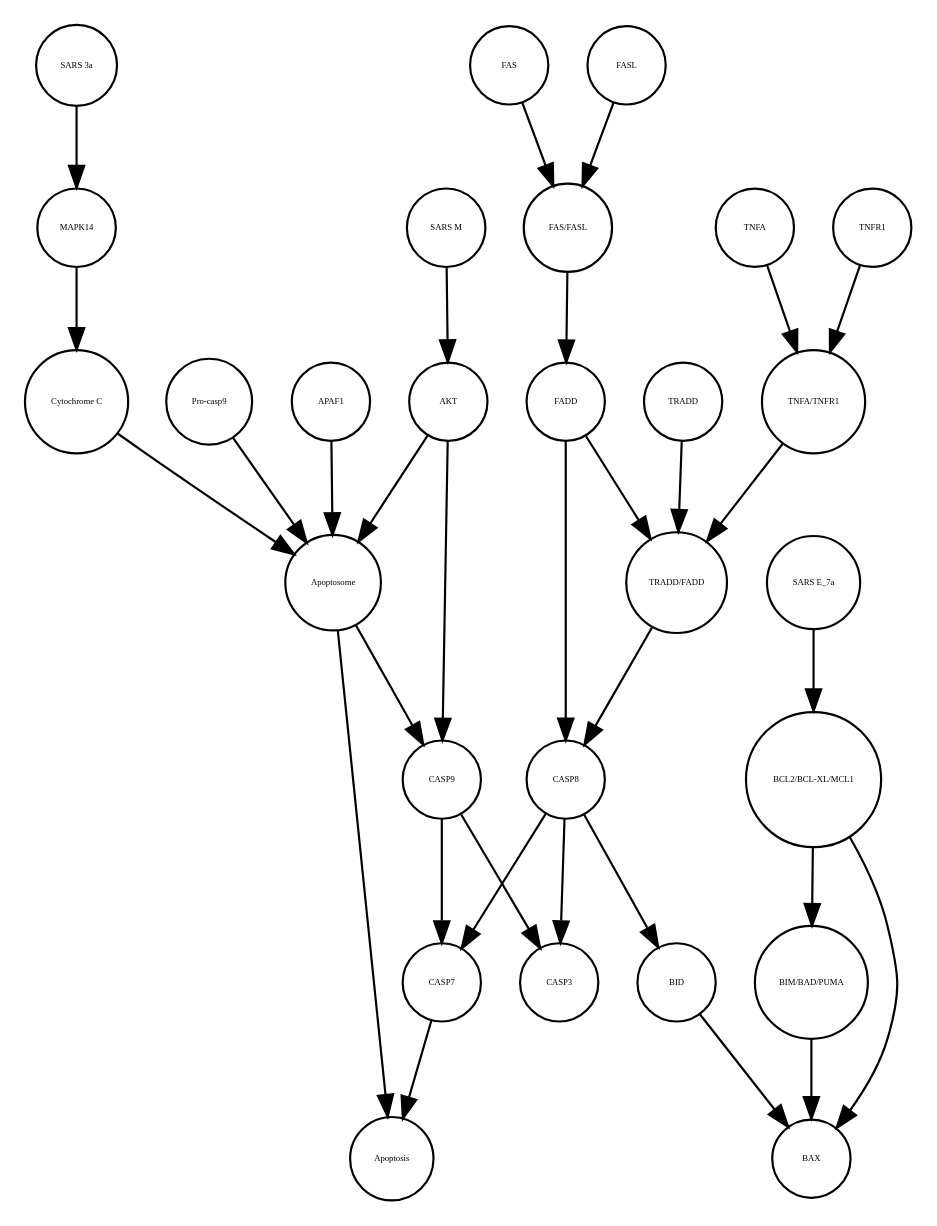
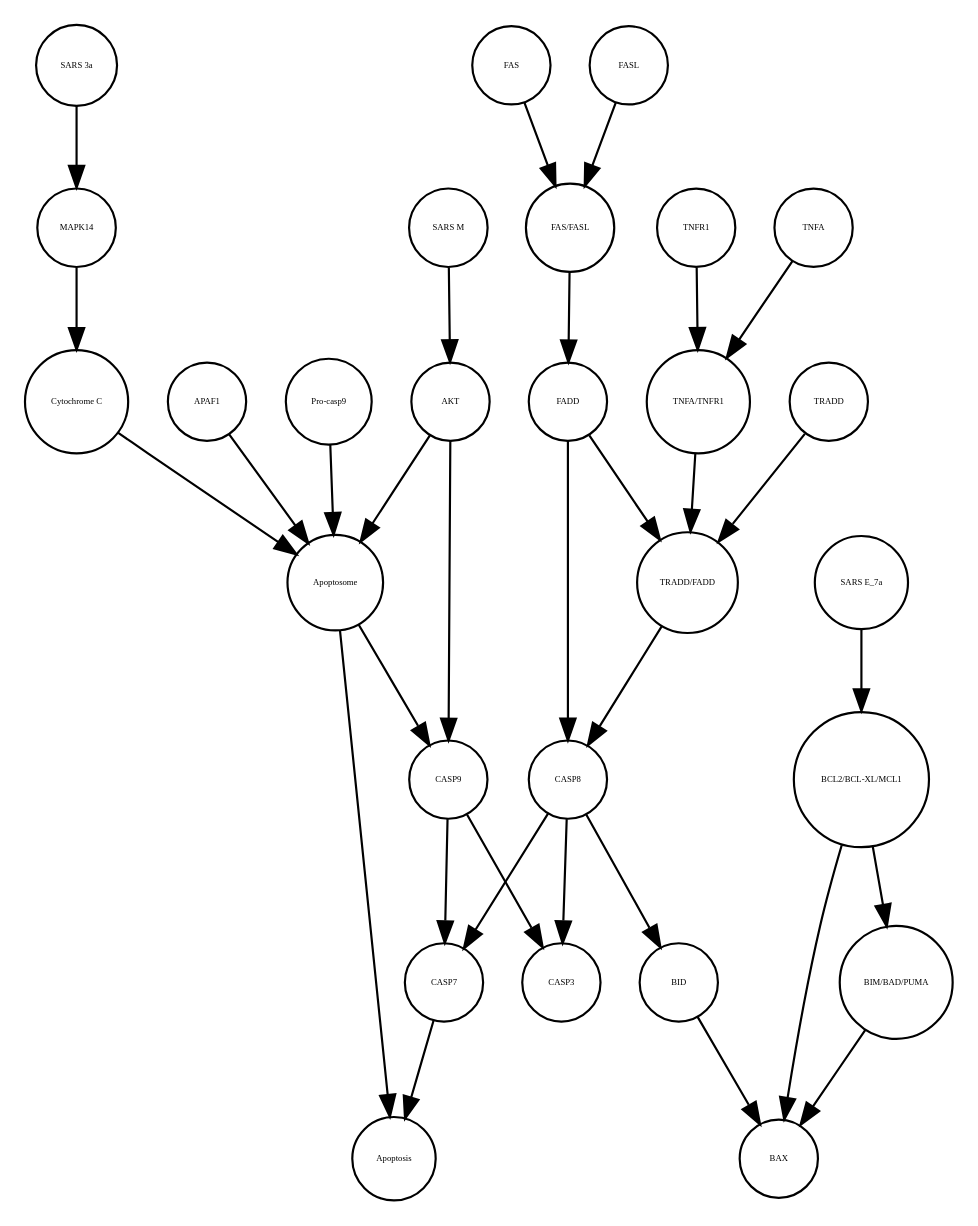
One commit to cannin/covid19-sbgn changed the diagram in Apoptosis_VS_SSA_AN.xml_projected.dot. Above: the diagram before and after it, drawn with Graphviz. The commit also changed other lines of this file and 621 other files, not shown here.

```diff
--- a/Apoptosis_VS_SSA_AN.xml_projected.dot
+++ b/Apoptosis_VS_SSA_AN.xml_projected.dot
@@ -1,60 +1,60 @@
 strict digraph  {
 CASP7 [annotation="", bipartite=0, cls=macromolecule, fontsize=4, label=CASP7, shape=circle];
 Apoptosis [annotation="", bipartite=0, cls=phenotype, fontsize=4, label=Apoptosis, shape=circle];
 Apoptosome [annotation="", bipartite=0, cls=complex, fontsize=4, label=Apoptosome, shape=circle];
+BID [annotation="", bipartite=0, cls=macromolecule, fontsize=4, label=BID, shape=circle];
+CASP8 [annotation="", bipartite=0, cls=macromolecule, fontsize=4, label=CASP8, shape=circle];
+"Pro-casp9" [annotation="", bipartite=0, cls=macromolecule, fontsize=4, label="Pro-casp9", shape=circle];
+"BCL2/BCL-XL/MCL1" [annotation="", bipartite=0, cls=complex, fontsize=4, label="BCL2/BCL-XL/MCL1", shape=circle];
+BAX [annotation="", bipartite=0, cls=macromolecule, fontsize=4, label=BAX, shape=circle];
+"SARS 3a" [annotation="", bipartite=0, cls=macromolecule, fontsize=4, label="SARS 3a", shape=circle];
+"FAS/FASL" [annotation="", bipartite=0, cls=complex, fontsize=4, label="FAS/FASL", shape=circle];
 MAPK14 [annotation="", bipartite=0, cls=macromolecule, fontsize=4, label=MAPK14, shape=circle];
-BID [annotation="", bipartite=0, cls=macromolecule, fontsize=4, label=BID, shape=circle];
-AKT [annotation="", bipartite=0, cls=macromolecule, fontsize=4, label=AKT, shape=circle];
-TRADD [annotation="", bipartite=0, cls=macromolecule, fontsize=4, label=TRADD, shape=circle];
-CASP9 [annotation="", bipartite=0, cls=macromolecule, fontsize=4, label=CASP9, shape=circle];
-APAF1 [annotation="", bipartite=0, cls=macromolecule, fontsize=4, label=APAF1, shape=circle];
-"FAS/FASL" [annotation="", bipartite=0, cls=complex, fontsize=4, label="FAS/FASL", shape=circle];
 FASL [annotation="", bipartite=0, cls=macromolecule, fontsize=4, label=FASL, shape=circle];
-"Pro-casp9" [annotation="", bipartite=0, cls=macromolecule, fontsize=4, label="Pro-casp9", shape=circle];
-"SARS E_7a" [annotation="", bipartite=0, cls=macromolecule, fontsize=4, label="SARS E_7a", shape=circle];
-FAS [annotation="", bipartite=0, cls=macromolecule, fontsize=4, label=FAS, shape=circle];
-"TRADD/FADD" [annotation="", bipartite=0, cls=complex, fontsize=4, label="TRADD/FADD", shape=circle];
-CASP8 [annotation="", bipartite=0, cls=macromolecule, fontsize=4, label=CASP8, shape=circle];
-BAX [annotation="", bipartite=0, cls=macromolecule, fontsize=4, label=BAX, shape=circle];
-CASP3 [annotation="", bipartite=0, cls=macromolecule, fontsize=4, label=CASP3, shape=circle];
-"TNFA/TNFR1" [annotation="", bipartite=0, cls=complex, fontsize=4, label="TNFA/TNFR1", shape=circle];
-"SARS M" [annotation="", bipartite=0, cls=macromolecule, fontsize=4, label="SARS M", shape=circle];
-"SARS 3a" [annotation="", bipartite=0, cls=macromolecule, fontsize=4, label="SARS 3a", shape=circle];
-TNFA [annotation="", bipartite=0, cls=macromolecule, fontsize=4, label=TNFA, shape=circle];
-"Cytochrome C" [annotation="", bipartite=0, cls=macromolecule, fontsize=4, label="Cytochrome C", shape=circle];
+FADD [annotation="", bipartite=0, cls=macromolecule, fontsize=4, label=FADD, shape=circle];
 "BIM/BAD/PUMA" [annotation="", bipartite=0, cls=complex, fontsize=4, label="BIM/BAD/PUMA", shape=circle];
 TNFR1 [annotation="", bipartite=0, cls=macromolecule, fontsize=4, label=TNFR1, shape=circle];
-FADD [annotation="", bipartite=0, cls=macromolecule, fontsize=4, label=FADD, shape=circle];
-"BCL2/BCL-XL/MCL1" [annotation="", bipartite=0, cls=complex, fontsize=4, label="BCL2/BCL-XL/MCL1", shape=circle];
+TNFA [annotation="", bipartite=0, cls=macromolecule, fontsize=4, label=TNFA, shape=circle];
+"TNFA/TNFR1" [annotation="", bipartite=0, cls=complex, fontsize=4, label="TNFA/TNFR1", shape=circle];
+FAS [annotation="", bipartite=0, cls=macromolecule, fontsize=4, label=FAS, shape=circle];
+AKT [annotation="", bipartite=0, cls=macromolecule, fontsize=4, label=AKT, shape=circle];
+"TRADD/FADD" [annotation="", bipartite=0, cls=complex, fontsize=4, label="TRADD/FADD", shape=circle];
+CASP9 [annotation="", bipartite=0, cls=macromolecule, fontsize=4, label=CASP9, shape=circle];
+"SARS E_7a" [annotation="", bipartite=0, cls=macromolecule, fontsize=4, label="SARS E_7a", shape=circle];
+CASP3 [annotation="", bipartite=0, cls=macromolecule, fontsize=4, label=CASP3, shape=circle];
+TRADD [annotation="", bipartite=0, cls=macromolecule, fontsize=4, label=TRADD, shape=circle];
+APAF1 [annotation="", bipartite=0, cls=macromolecule, fontsize=4, label=APAF1, shape=circle];
+"SARS M" [annotation="", bipartite=0, cls=macromolecule, fontsize=4, label="SARS M", shape=circle];
+"Cytochrome C" [annotation="", bipartite=0, cls=macromolecule, fontsize=4, label="Cytochrome C", shape=circle];
 CASP7 -> Apoptosis  [annotation="", interaction_type=stimulation];
 Apoptosome -> Apoptosis  [annotation="", interaction_type=stimulation];
 Apoptosome -> CASP9  [annotation="urn_miriam_kegg.pathway_hsa04210", interaction_type=catalysis];
+BID -> BAX  [annotation=urn_miriam_pubmed_31226023, interaction_type=catalysis];
+CASP8 -> CASP7  [annotation="urn_miriam_kegg.pathway_hsa04210", interaction_type=catalysis];
+CASP8 -> BID  [annotation="urn_miriam_kegg.pathway_hsa04210", interaction_type=catalysis];
+CASP8 -> CASP3  [annotation="urn_miriam_kegg.pathway_hsa04210", interaction_type=catalysis];
+"Pro-casp9" -> Apoptosome  [annotation="", interaction_type=production];
+"BCL2/BCL-XL/MCL1" -> "BIM/BAD/PUMA"  [annotation="", interaction_type=inhibition];
+"BCL2/BCL-XL/MCL1" -> BAX  [annotation=urn_miriam_pubmed_31226023, interaction_type=inhibition];
+"SARS 3a" -> MAPK14  [annotation=urn_miriam_pubmed_31226023, interaction_type=catalysis];
+"FAS/FASL" -> FADD  [annotation="urn_miriam_kegg.pathway_hsa04210", interaction_type=catalysis];
 MAPK14 -> "Cytochrome C"  [annotation="urn_miriam_kegg.pathway_hsa04210|urn_miriam_pubmed_31226023", interaction_type=catalysis];
-BID -> BAX  [annotation=urn_miriam_pubmed_31226023, interaction_type=catalysis];
+FASL -> "FAS/FASL"  [annotation="", interaction_type=production];
+FADD -> "TRADD/FADD"  [annotation="", interaction_type=production];
+FADD -> CASP8  [annotation="urn_miriam_kegg.pathway_hsa04210", interaction_type=catalysis];
+"BIM/BAD/PUMA" -> BAX  [annotation=urn_miriam_pubmed_31226023, interaction_type=catalysis];
+TNFR1 -> "TNFA/TNFR1"  [annotation="", interaction_type=production];
+TNFA -> "TNFA/TNFR1"  [annotation="", interaction_type=production];
+"TNFA/TNFR1" -> "TRADD/FADD"  [annotation="urn_miriam_kegg.pathway_hsa04210", interaction_type=catalysis];
+FAS -> "FAS/FASL"  [annotation="", interaction_type=production];
 AKT -> CASP9  [annotation="urn_miriam_kegg.pathway_hsa04210", interaction_type=inhibition];
 AKT -> Apoptosome  [annotation="urn_miriam_kegg.pathway_hsa04210", interaction_type=inhibition];
+"TRADD/FADD" -> CASP8  [annotation="urn_miriam_kegg.pathway_hsa04210", interaction_type=catalysis];
+CASP9 -> CASP7  [annotation="urn_miriam_kegg.pathway_hsa04210", interaction_type=catalysis];
+CASP9 -> CASP3  [annotation="urn_miriam_kegg.pathway_hsa04210", interaction_type=catalysis];
+"SARS E_7a" -> "BCL2/BCL-XL/MCL1"  [annotation="", interaction_type=inhibition];
 TRADD -> "TRADD/FADD"  [annotation="", interaction_type=production];
-CASP9 -> CASP3  [annotation="urn_miriam_kegg.pathway_hsa04210", interaction_type=catalysis];
-CASP9 -> CASP7  [annotation="urn_miriam_kegg.pathway_hsa04210", interaction_type=catalysis];
 APAF1 -> Apoptosome  [annotation="", interaction_type=production];
-"FAS/FASL" -> FADD  [annotation="urn_miriam_kegg.pathway_hsa04210", interaction_type=catalysis];
-FASL -> "FAS/FASL"  [annotation="", interaction_type=production];
-"Pro-casp9" -> Apoptosome  [annotation="", interaction_type=production];
-"SARS E_7a" -> "BCL2/BCL-XL/MCL1"  [annotation="", interaction_type=inhibition];
-FAS -> "FAS/FASL"  [annotation="", interaction_type=production];
-"TRADD/FADD" -> CASP8  [annotation="urn_miriam_kegg.pathway_hsa04210", interaction_type=catalysis];
-CASP8 -> BID  [annotation="urn_miriam_kegg.pathway_hsa04210", interaction_type=catalysis];
-CASP8 -> CASP3  [annotation="urn_miriam_kegg.pathway_hsa04210", interaction_type=catalysis];
-CASP8 -> CASP7  [annotation="urn_miriam_kegg.pathway_hsa04210", interaction_type=catalysis];
-"TNFA/TNFR1" -> "TRADD/FADD"  [annotation="urn_miriam_kegg.pathway_hsa04210", interaction_type=catalysis];
 "SARS M" -> AKT  [annotation=urn_miriam_pubmed_31226023, interaction_type=inhibition];
-"SARS 3a" -> MAPK14  [annotation=urn_miriam_pubmed_31226023, interaction_type=catalysis];
-TNFA -> "TNFA/TNFR1"  [annotation="", interaction_type=production];
 "Cytochrome C" -> Apoptosome  [annotation="", interaction_type=production];
-"BIM/BAD/PUMA" -> BAX  [annotation=urn_miriam_pubmed_31226023, interaction_type=catalysis];
-TNFR1 -> "TNFA/TNFR1"  [annotation="", interaction_type=production];
-FADD -> CASP8  [annotation="urn_miriam_kegg.pathway_hsa04210", interaction_type=catalysis];
-FADD -> "TRADD/FADD"  [annotation="", interaction_type=production];
-"BCL2/BCL-XL/MCL1" -> BAX  [annotation=urn_miriam_pubmed_31226023, interaction_type=inhibition];
-"BCL2/BCL-XL/MCL1" -> "BIM/BAD/PUMA"  [annotation="", interaction_type=inhibition];
 }
```
